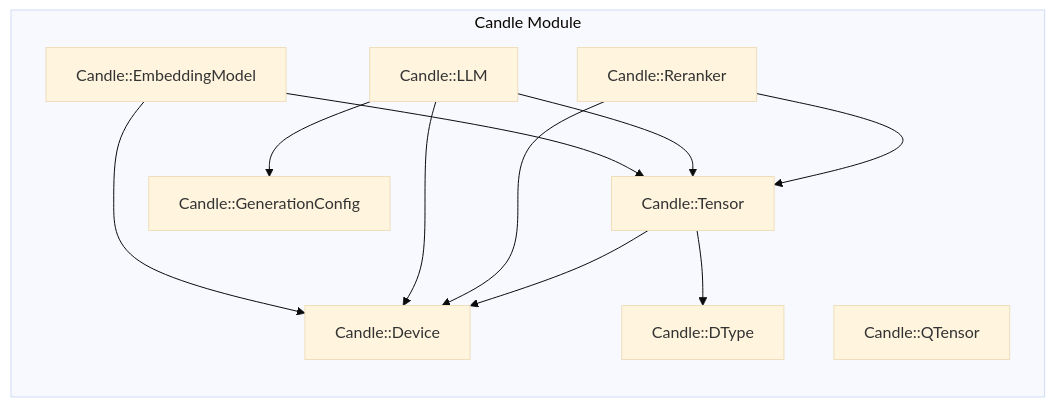
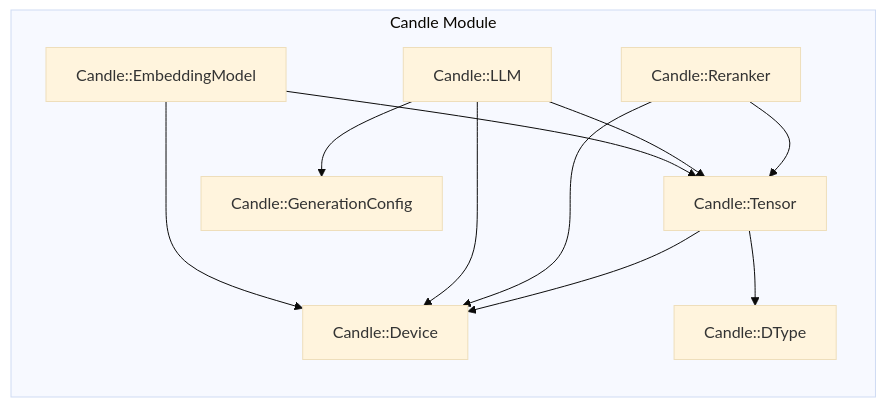
Before and after one commit to assaydepot/red-candle: the second of 5 diagrams in CLAUDE.md, drawn with Mermaid (base theme). The commit also changed other lines of this file and 3 other files, not shown here.

````diff
--- a/CLAUDE.md
+++ b/CLAUDE.md
@@ -49,23 +49,22 @@
 ```mermaid
 graph LR
     subgraph "Candle Module"
         A[Candle::Tensor]
         B[Candle::Device]
         C[Candle::DType]
         D[Candle::EmbeddingModel]
         E[Candle::LLM]
         F[Candle::Reranker]
-        G[Candle::QTensor]
-        H[Candle::GenerationConfig]
+        G[Candle::GenerationConfig]
     end
     
     D --> A
     D --> B
     E --> A
     E --> B
-    E --> H
+    E --> G
     F --> A
     F --> B
     A --> C
     A --> B
 ```
````
